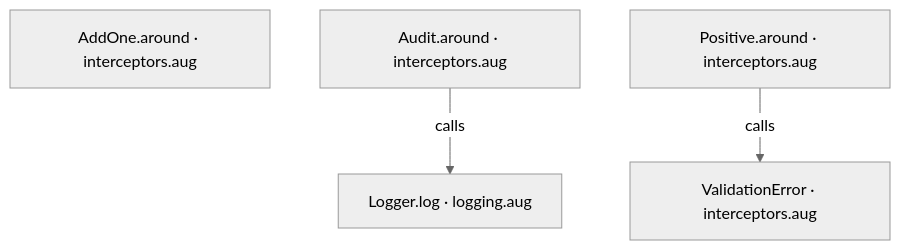
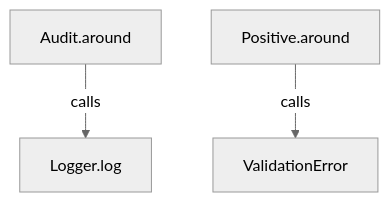
Before and after one commit to GreenPandaStudios/augscript: the second of 5 diagrams in docs/examples/interceptors/interceptors-diagrams.md, drawn with Mermaid (neutral theme). The commit also changed other lines of this file and 524 other files, not shown here.

Commit message:
Explain checked data flow at folder and service levels

````diff
--- a/docs/examples/interceptors/interceptors-diagrams.md
+++ b/docs/examples/interceptors/interceptors-diagrams.md
@@ -34,10 +33,9 @@
 ```mermaid
 flowchart TD
-    n0["AddOne.around · interceptors.aug"]
-    n1["Audit.around · interceptors.aug"]
-    n2["Positive.around · interceptors.aug"]
-    n3["ValidationError · interceptors.aug"]
-    n4["Logger.log · logging.aug"]
-    n1 -->|"calls"| n4
-    n2 -->|"calls"| n3
+    n0["Audit.around"]
+    n1["Positive.around"]
+    n2["ValidationError"]
+    n3["Logger.log"]
+    n0 -->|"calls"| n3
+    n1 -->|"calls"| n2
 ```
````
